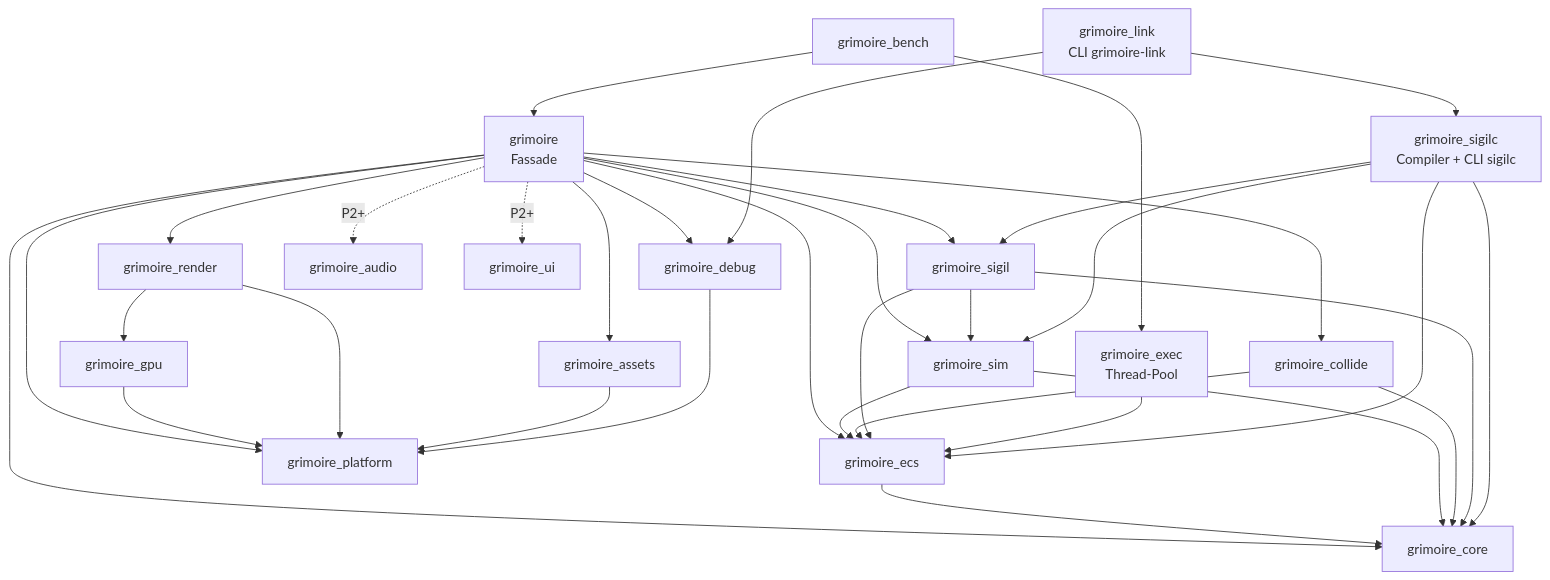
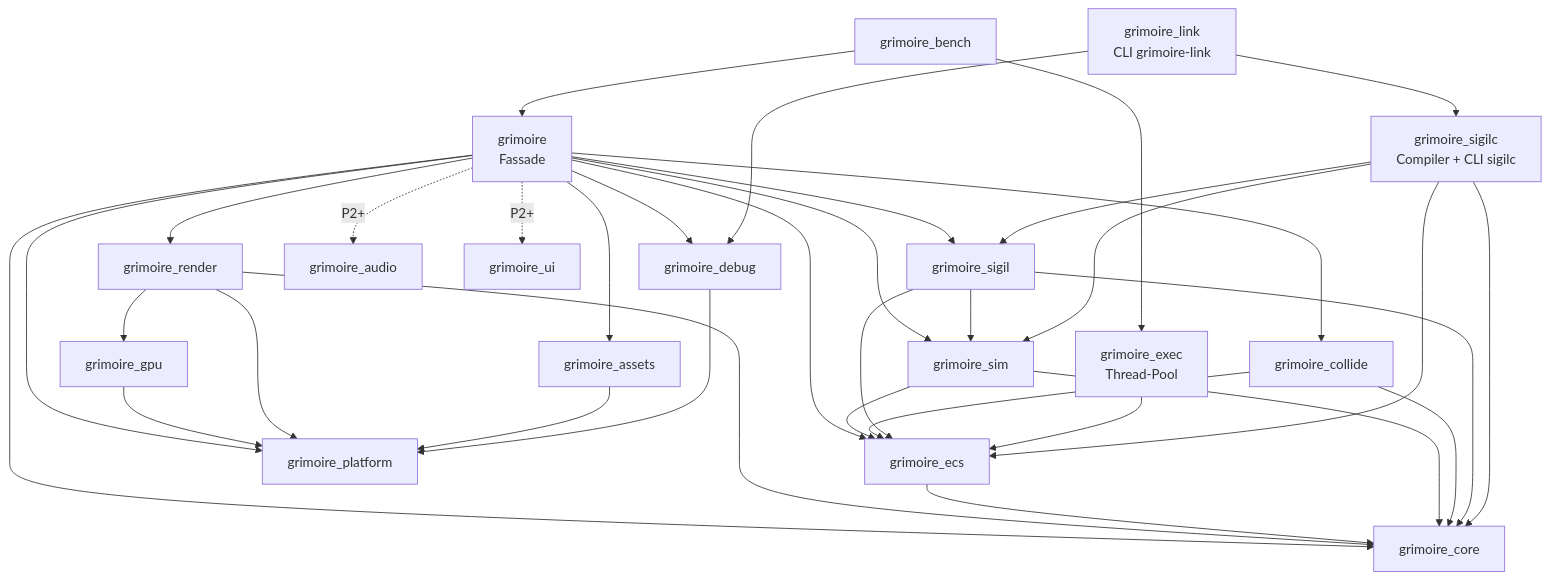
Before and after one commit to LupusMalusDeviant/grimoire: the diagram in docs/architektur/crate-vertraege.md, drawn with Mermaid. The commit also changed other lines of this file and 1 other file, not shown here.

````diff
--- a/docs/architektur/crate-vertraege.md
+++ b/docs/architektur/crate-vertraege.md
@@ -29,18 +29,19 @@
 ```mermaid
 graph TD
     FAC[grimoire<br/>Fassade] --> REN[grimoire_render] & SIM[grimoire_sim] & ECS[grimoire_ecs] & PLT[grimoire_platform] & CORE[grimoire_core]
     FAC --> COL[grimoire_collide] & SIG[grimoire_sigil] & AST[grimoire_assets] & DBG[grimoire_debug]
     FAC -.P2+.-> AUD[grimoire_audio] & UI[grimoire_ui]
     REN --> GPU[grimoire_gpu] --> PLT
     REN --> PLT
+    REN --> CORE
     SIM --> ECS --> CORE
     SIM --> CORE
     COL --> ECS & CORE
     SIG --> SIM & ECS & CORE
     AST --> PLT
     DBG --> PLT
     EXE[grimoire_exec<br/>Thread-Pool] --> ECS
     SIGC[grimoire_sigilc<br/>Compiler + CLI sigilc] --> SIG & SIM & ECS & CORE
     LINK[grimoire_link<br/>CLI grimoire-link] --> DBG & SIGC
     BENCH[grimoire_bench] --> FAC & EXE
 ```
````
